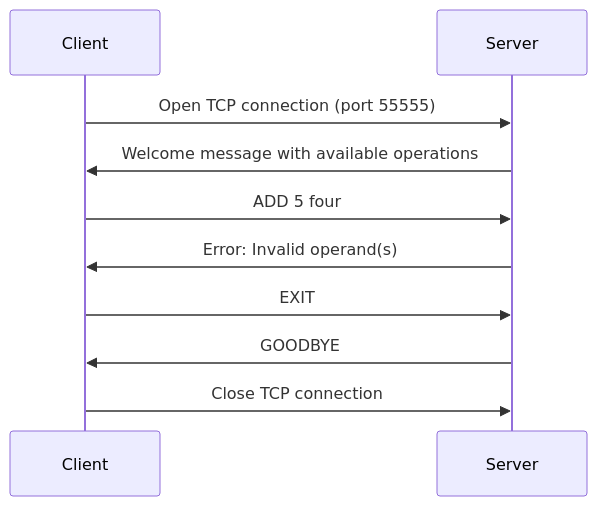
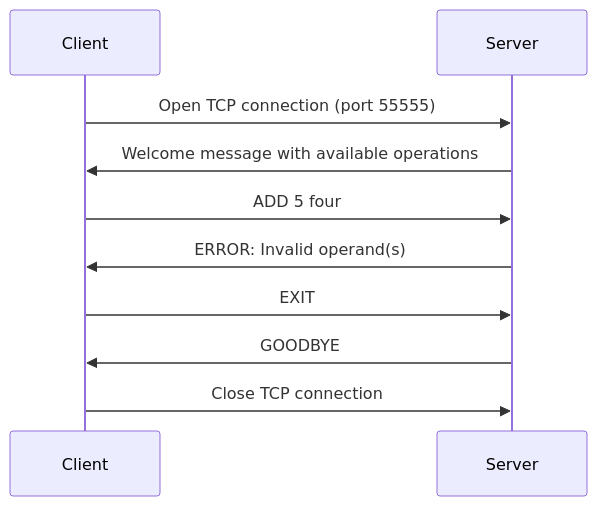
The third of 5 diagrams in specs/ryadbouzourene_Anthony-Christen/protocol.md (ryadbouzourene/dai-lab-protocoldesign-bouzourene-christen), drawn with Mermaid before and after one commit. The commit also changed other lines of this file, not shown here.

````diff
--- a/specs/ryadbouzourene_Anthony-Christen/protocol.md
+++ b/specs/ryadbouzourene_Anthony-Christen/protocol.md
@@ -111,13 +111,13 @@
 ```mermaid
 sequenceDiagram
   participant Client
   participant Server
 
   Client->>Server: Open TCP connection (port 55555)
   Server->>Client: Welcome message with available operations
   Client->>Server: ADD 5 four
-  Server->>Client: Error: Invalid operand(s)
+  Server->>Client: ERROR: Invalid operand(s)
   Client->>Server: EXIT
   Server->>Client: GOODBYE
   Client->>Server: Close TCP connection
 ```
````
